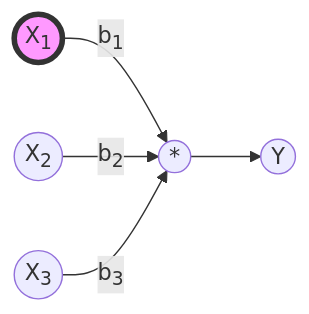
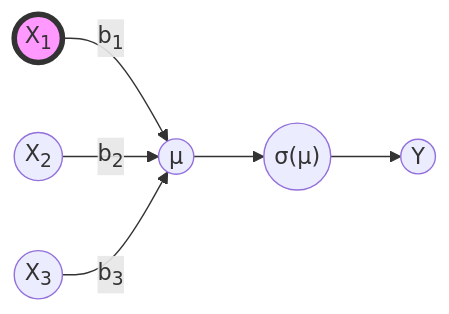
The third of 3 diagrams in linear_models.qmd (m-clark/book-of-models), drawn with Mermaid before and after one commit. The commit also changed other lines of this file, not shown here.

````diff
--- a/linear_models.qmd
+++ b/linear_models.qmd
@@ -1558,13 +1615,18 @@
 ```{mermaid}
 %%| echo: false
+%%| eval: true
 %%| fig-cap: Linear Model with Transformation
+
 graph LR
-    n1((X<sub>1</sub>)) --> |b<sub>1</sub>| n4((*))
-    n2((X<sub>2</sub>)) --> |b<sub>2</sub>| n4((*))
-    n3((X<sub>3</sub>)) --> |b<sub>3</sub>| n4((*))
+    n1((X<sub>1</sub>)) --> |b<sub>1</sub>| n4((µ))
+    n2((X<sub>2</sub>)) --> |b<sub>2</sub>| n4((µ))
+    n3((X<sub>3</sub>)) --> |b<sub>3</sub>| n4((µ))
 
-    n4 --> n5((Y))
+
+    n4 --> n5(("σ(µ)"))
+    n5 --> n6((Y))
 
     style n1 fill:#f9f,stroke:#333,stroke-width:4px
     %% style e3 font-size:50%
+
 ```
````
